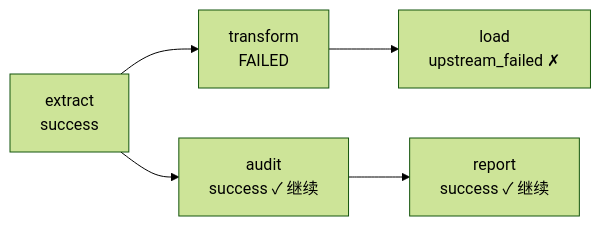
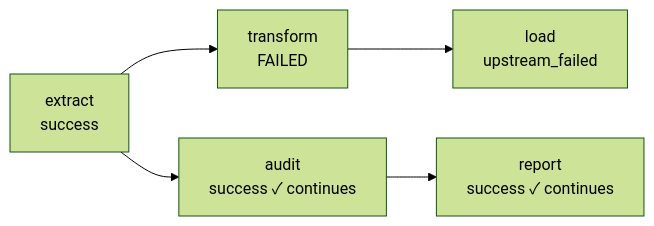
The eighth of 10 diagrams in docs/ARCHITECTURE.md (ako74programmer/poc-cronova-windows), drawn with Mermaid (forest theme) before and after one commit. The commit also changed other lines of this file and 10 other files, not shown here.

Commit message:
docs: rewrite ARCHITECTURE in English + Polish, sync embedded docs, add to KB and nav, remove Chinese UI refs

````diff
--- a/docs/ARCHITECTURE.md
+++ b/docs/ARCHITECTURE.md
@@ -561,7 +526,7 @@
 ```mermaid
 flowchart LR
     A["extract<br/>success"] --> B["transform<br/>FAILED"]
-    A --> C["audit<br/>success ✓ 继续"]
-    B --> D["load<br/>upstream_failed ✗"]
-    C --> E["report<br/>success ✓ 继续"]
+    A --> C["audit<br/>success ✓ continues"]
+    B --> D["load<br/>upstream_failed"]
+    C --> E["report<br/>success ✓ continues"]
 ```
````
